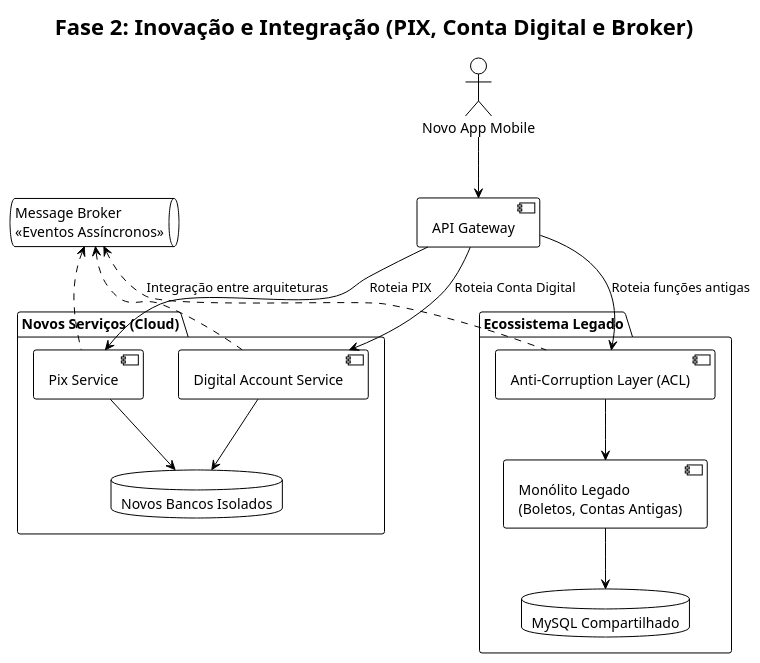
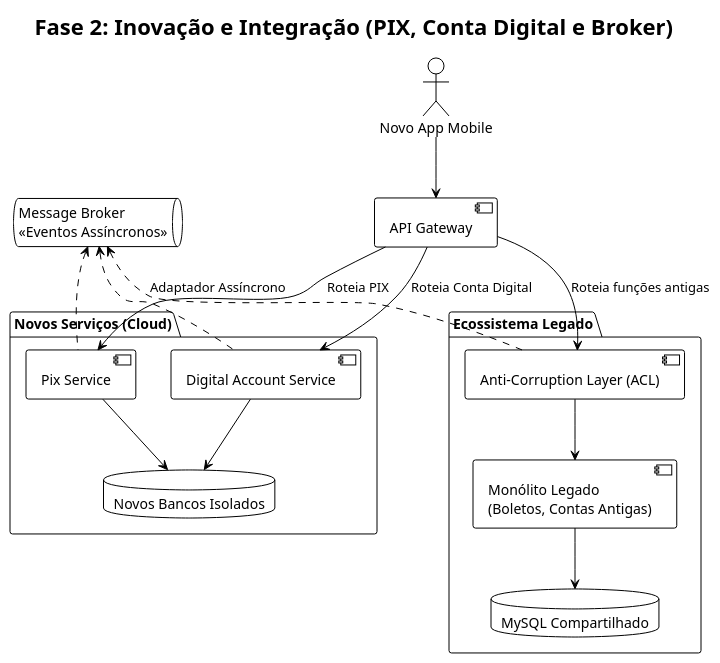
The third of 4 diagrams in README.md (daniel-apolinario/puc-microservices), drawn with PlantUML before and after one commit.

Commit message:
Update ACL integration description in README

````diff
--- a/README.md
+++ b/README.md
@@ -107,49 +107,49 @@
 ```plantuml
 @startuml
 !theme plain
 skinparam componentStyle uml2
 
 <style>
 document {
   Padding 5
 }
 node {
   Padding 20
 }
 </style>
 
 title Fase 2: Inovação e Integração (PIX, Conta Digital e Broker)
 
 actor "Novo App Mobile" as App
 component "API Gateway" as Gateway
 queue "Message Broker\n<<Eventos Assíncronos>>" as Broker
 
 package "Novos Serviços (Cloud)" {
     component "Pix Service" as PixMS
     component "Digital Account Service" as DigAccountMS
     database "Novos Bancos Isolados" as CloudDB
     
     PixMS -down-> CloudDB
     DigAccountMS -down-> CloudDB
 }
 
 package "Ecossistema Legado" {
     component "Anti-Corruption Layer (ACL)" as ACL
     component "Monólito Legado\n(Boletos, Contas Antigas)" as Monolito
     database "MySQL Compartilhado" as LegadoDB
     
     ACL -down-> Monolito
     Monolito -down-> LegadoDB
 }
 
 App -down-> Gateway
 Gateway -down-> PixMS : Roteia PIX
 Gateway -down-> DigAccountMS : Roteia Conta Digital
 Gateway -down-> ACL : Roteia funções antigas
 
 PixMS .up.> Broker
 DigAccountMS .up.> Broker
-ACL .up.> Broker : Integração entre arquiteturas
+ACL .up.> Broker : Adaptador Assíncrono
 
 @enduml
 ```
````
